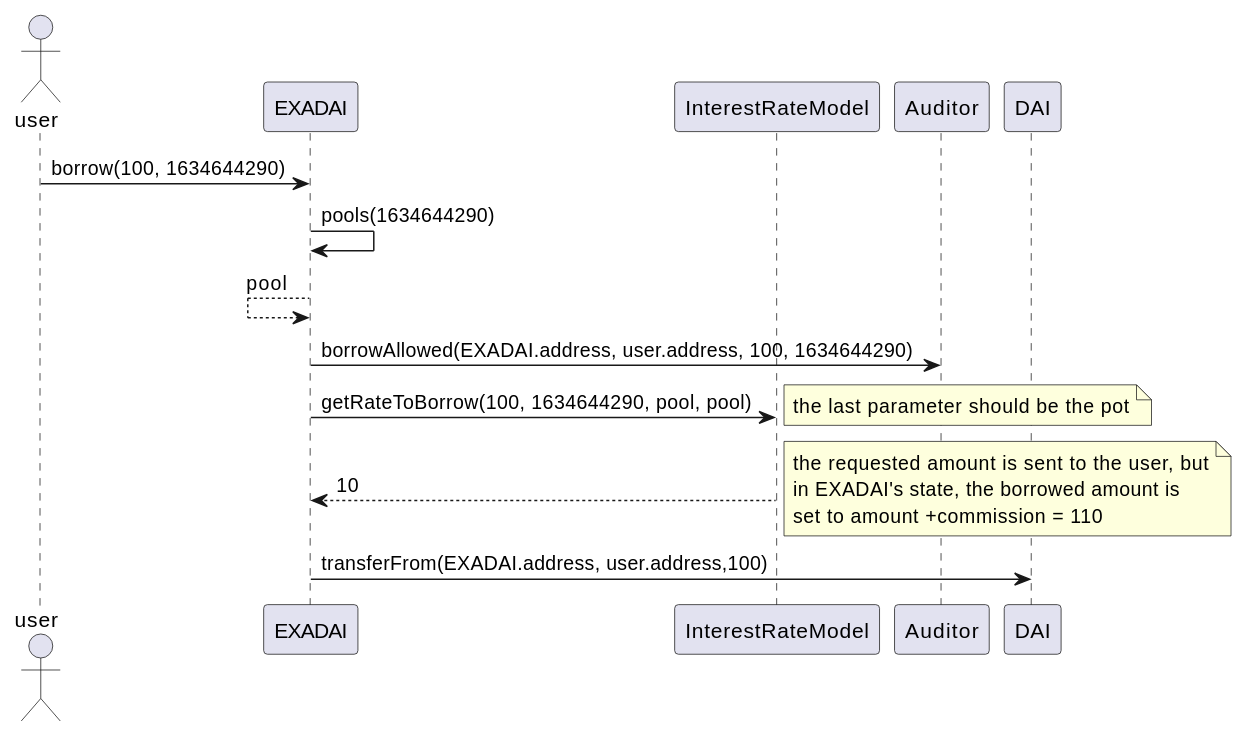
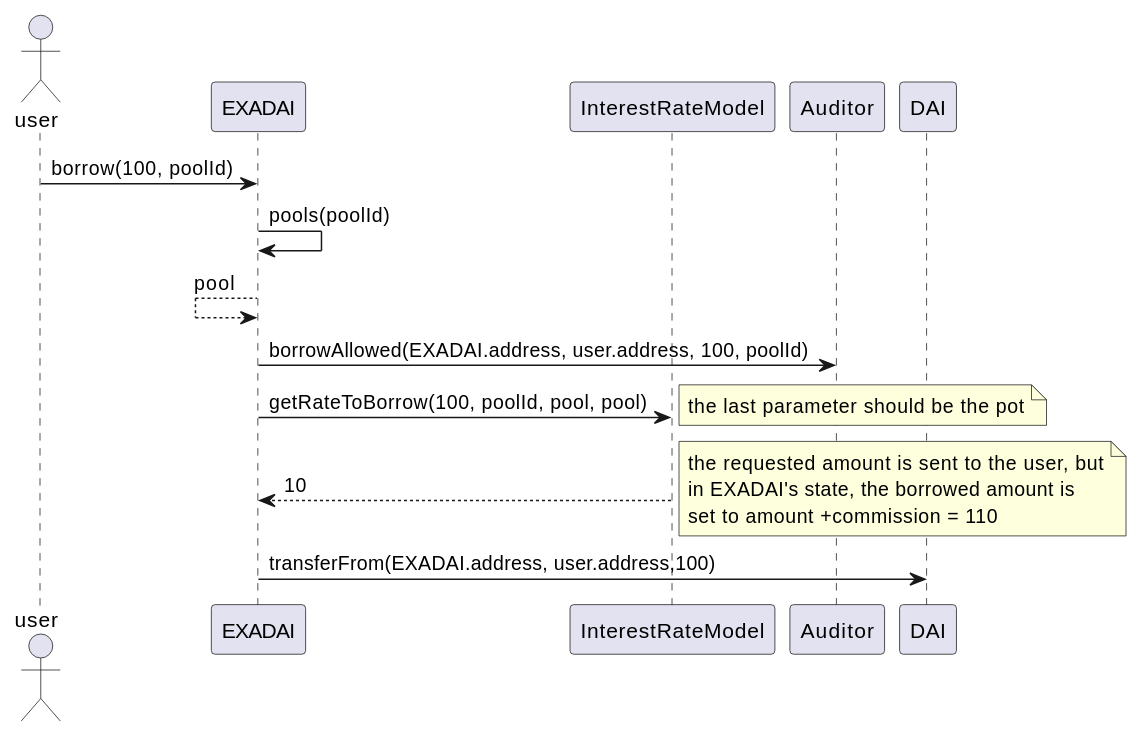
The first of 2 diagrams in docs/actions.rst (exactly/protocol), drawn with PlantUML before and after one commit. The commit also changed other lines of this file, not shown here.

Commit message:
sequence diagram for computing account liquidity when borrowing

```diff
--- a/docs/actions.rst
+++ b/docs/actions.rst
@@ -16,17 +16,17 @@
 .. uml::
 
     actor user
     participant EXADAI
     participant InterestRateModel
     participant Auditor
     participant DAI
 
-    user -> EXADAI: borrow(100, 1634644290)
-    EXADAI -> EXADAI: pools(1634644290)
+    user -> EXADAI: borrow(100, poolId)
+    EXADAI -> EXADAI: pools(poolId)
     EXADAI <-- EXADAI: pool
-    EXADAI -> Auditor: borrowAllowed(EXADAI.address, user.address, 100, 1634644290)
-    EXADAI -> InterestRateModel: getRateToBorrow(100, 1634644290, pool, pool)
+    EXADAI -> Auditor: borrowAllowed(EXADAI.address, user.address, 100, poolId)
+    EXADAI -> InterestRateModel: getRateToBorrow(100, poolId, pool, pool)
     note right: the last parameter should be the pot
     EXADAI <-- InterestRateModel: 10
     note right: the requested amount is sent to the user, but\nin EXADAI's state, the borrowed amount is\nset to amount +commission = 110
     EXADAI -> DAI: transferFrom(EXADAI.address, user.address,100)
```
